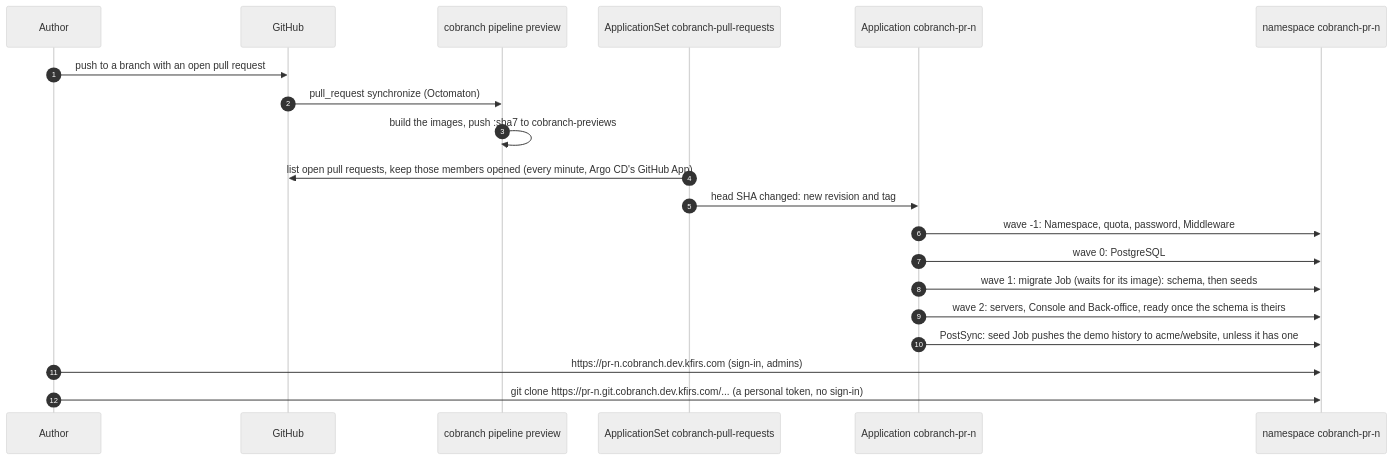
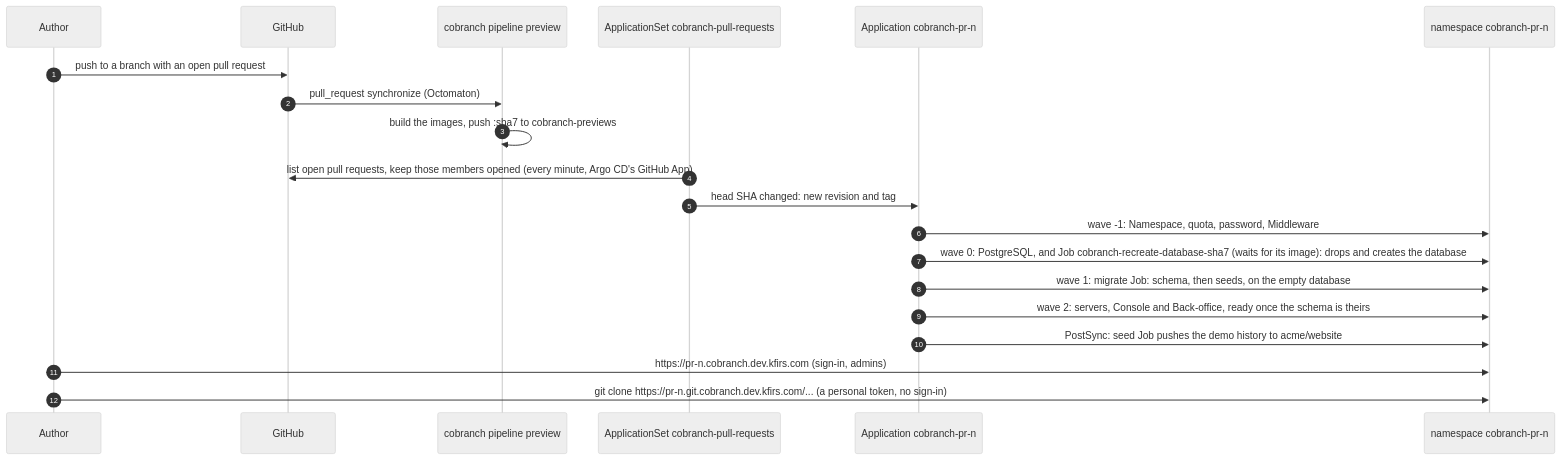
One commit to arikkfir-org/delivery changed the second of 5 diagrams in docs/delivery/designs/cobranch-previews.md. Above: the diagram before and after it, drawn with Mermaid (neutral theme). The commit also changed other lines of this file and 5 other files, not shown here.

First line of the commit message:
feat(cobranch): start every preview push from an empty database

````diff
--- a/docs/delivery/designs/cobranch-previews.md
+++ b/docs/delivery/designs/cobranch-previews.md
@@ -39,22 +41,22 @@
 ```mermaid
 sequenceDiagram
   autonumber
   participant Dev as Author
   participant GH as GitHub
   participant P as cobranch pipeline preview
   participant AS as ApplicationSet cobranch-pull-requests
   participant A as Application cobranch-pr-n
   participant K as namespace cobranch-pr-n
   Dev->>GH: push to a branch with an open pull request
   GH->>P: pull_request synchronize (Octomaton)
   P->>P: build the images, push :sha7 to cobranch-previews
   AS->>GH: list open pull requests, keep those members opened (every minute, Argo CD's GitHub App)
   AS->>A: head SHA changed: new revision and tag
   A->>K: wave -1: Namespace, quota, password, Middleware
-  A->>K: wave 0: PostgreSQL
-  A->>K: wave 1: migrate Job (waits for its image): schema, then seeds
+  A->>K: wave 0: PostgreSQL, and Job cobranch-recreate-database-sha7 (waits for its image): drops and creates the database
+  A->>K: wave 1: migrate Job: schema, then seeds, on the empty database
   A->>K: wave 2: servers, Console and Back-office, ready once the schema is theirs
-  A->>K: PostSync: seed Job pushes the demo history to acme/website, unless it has one
+  A->>K: PostSync: seed Job pushes the demo history to acme/website
   Dev->>K: https://pr-n.cobranch.dev.kfirs.com (sign-in, admins)
   Dev->>K: git clone https://pr-n.git.cobranch.dev.kfirs.com/... (a personal token, no sign-in)
 ```
````
